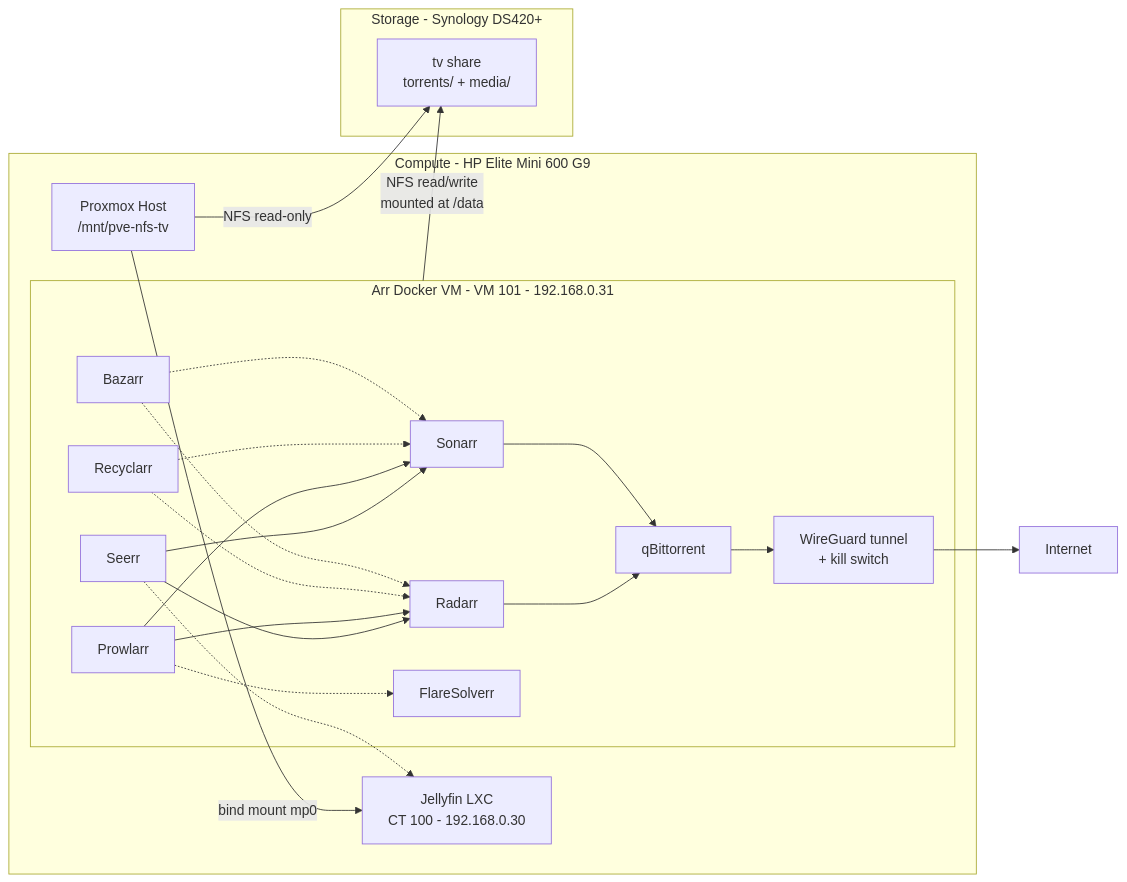
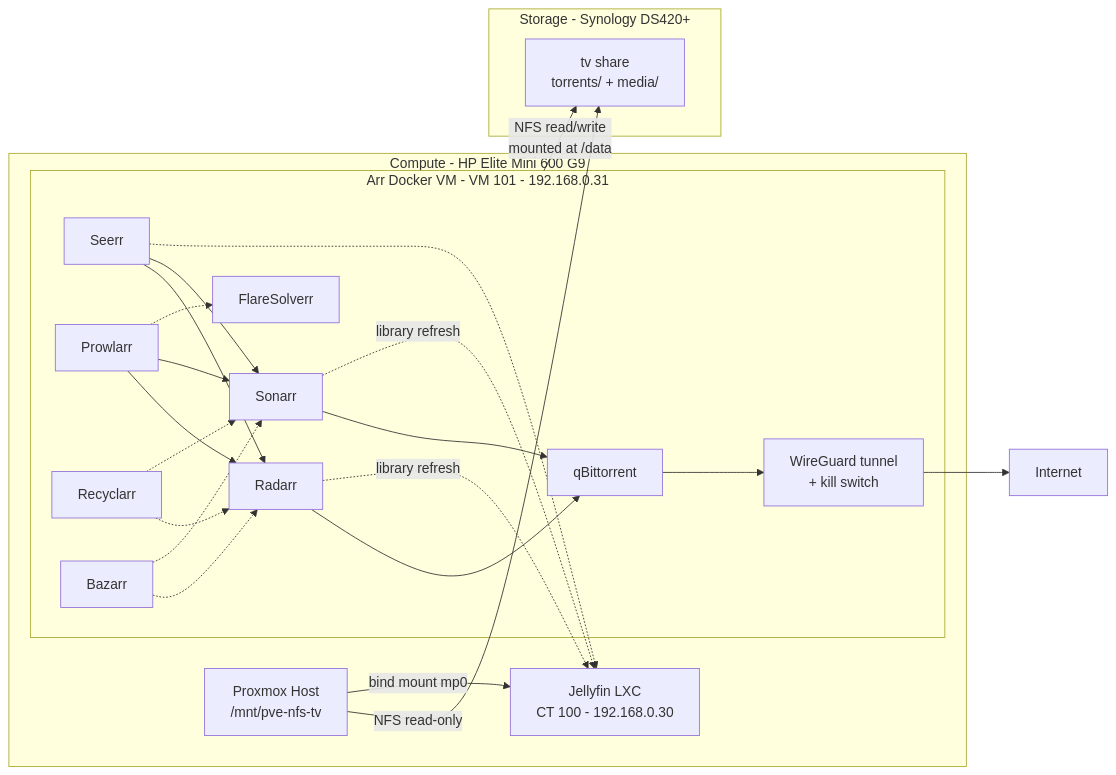
One commit to Rhod3/homelab changed the diagram in services/arr-stack/README.md. Above: the diagram before and after it, drawn with Mermaid. The commit also changed other lines of this file and 9 other files, not shown here.

````diff
--- a/services/arr-stack/README.md
+++ b/services/arr-stack/README.md
@@ -36,31 +44,33 @@
 ```mermaid
 flowchart LR
     subgraph Compute - HP Elite Mini 600 G9
         subgraph DockerVM[Arr Docker VM - VM 101 - 192.168.0.31]
             Seerr --> Radarr
             Seerr --> Sonarr
             Prowlarr --> Radarr
             Prowlarr --> Sonarr
             Prowlarr -.-> FlareSolverr
             Recyclarr -.-> Radarr
             Recyclarr -.-> Sonarr
             Radarr --> QBT[qBittorrent]
             Sonarr --> QBT
             Bazarr -.-> Radarr
             Bazarr -.-> Sonarr
             QBT --> VPN[WireGuard tunnel<br/>+ kill switch]
         end
         Jellyfin[Jellyfin LXC<br/>CT 100 - 192.168.0.30]
         PVEHost[Proxmox Host<br/>/mnt/pve-nfs-tv]
     end
 
     subgraph Storage - Synology DS420+
         Share[tv share<br/>torrents/ + media/]
     end
 
     VPN --> Internet[Internet]
     DockerVM -- NFS read/write<br/>mounted at /data --> Share
     PVEHost -- NFS read-only --> Share
     PVEHost -- bind mount mp0 --> Jellyfin
     Seerr -.-> Jellyfin
+    Radarr -. library refresh .-> Jellyfin
+    Sonarr -. library refresh .-> Jellyfin
 ```
````
